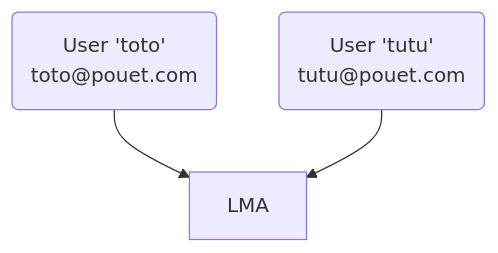
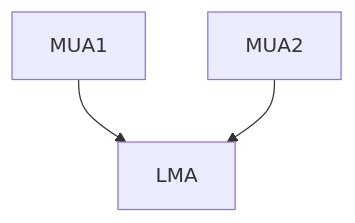
The diagram in README.md (orel33/local-mail-agent), drawn with Mermaid before and after one commit.

````diff
--- a/README.md
+++ b/README.md
@@ -43,8 +43,4 @@
 ```mermaid
 graph TD;
-    MUA1(User 'toto'
-    toto@pouet.com);
-    MUA2(User 'tutu'
-    tutu@pouet.com);
     MUA1 & MUA2 --> LMA
 ```
````
